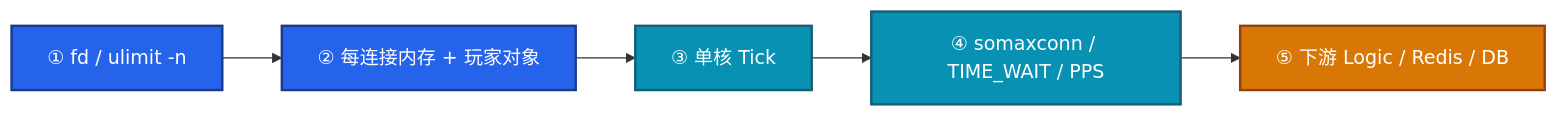
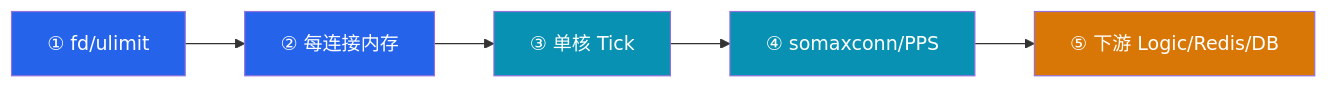
One commit to ml-cuizijun/LearnToLilith changed the third of 5 diagrams in 08-游戏运维专题/01-游戏服务器架构/知识点.md. Above: the diagram before and after it, drawn with Mermaid. The commit also changed other lines of this file and 213 other files, not shown here.

````diff
--- a/08-游戏运维专题/01-游戏服务器架构/知识点.md
+++ b/08-游戏运维专题/01-游戏服务器架构/知识点.md
@@ -333,14 +163,11 @@
 ```mermaid
 flowchart LR
-    a["① fd / ulimit -n"] --> b["② 每连接内存 + 玩家对象"]
+    a["① fd/ulimit"] --> b["② 每连接内存"]
     b --> c["③ 单核 Tick"]
-    c --> d["④ somaxconn / TIME_WAIT / PPS"]
-    d --> e["⑤ 下游 Logic / Redis / DB"]
-
-    classDef a fill:#2563EB,stroke:#1E3A8A,stroke-width:2px,color:#fff
-    classDef b fill:#0891B2,stroke:#155E75,stroke-width:2px,color:#fff
-    classDef c fill:#D97706,stroke:#92400E,stroke-width:2px,color:#fff
-    class a,b a
-    class c,d b
-    class e c
+    c --> d["④ somaxconn/PPS"]
+    d --> e["⑤ 下游 Logic/Redis/DB"]
+    classDef a fill:#2563EB,color:#fff
+    classDef b fill:#0891B2,color:#fff
+    classDef c fill:#D97706,color:#fff
+    class a,b a; class c,d b; class e c
 ```
````
